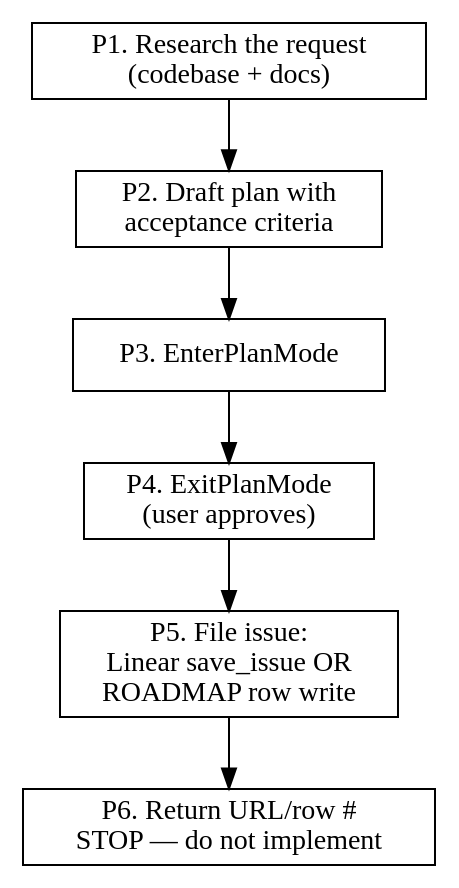
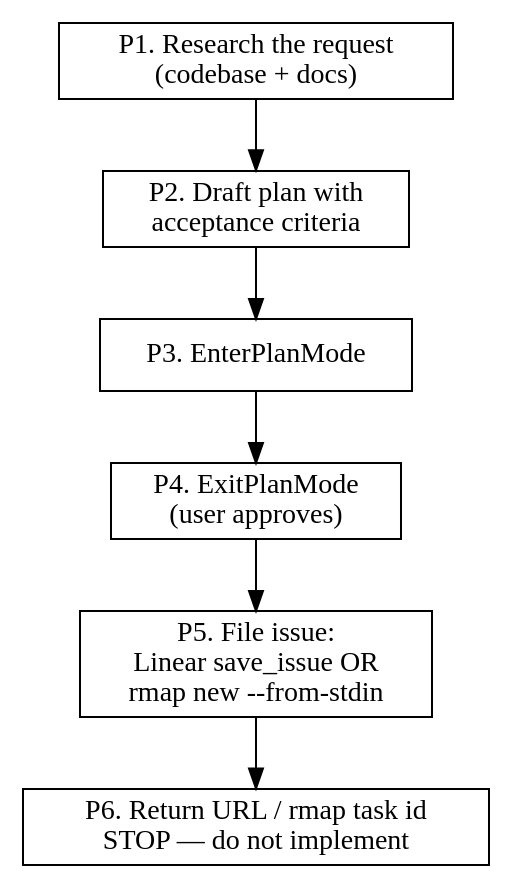
Before and after one commit to ZenHive/claude-marketplace-elixir: the first of 2 diagrams in plugins/task-driver/skills/task-driver/SKILL.md, drawn with Graphviz. The commit also changed other lines of this file and 21 other files, not shown here.

Commit message:
Make rmap the standard roadmap substrate; migrate ROADMAP.md → roadmap/tasks.toml

````diff
--- a/plugins/task-driver/skills/task-driver/SKILL.md
+++ b/plugins/task-driver/skills/task-driver/SKILL.md
@@ -58,15 +60,15 @@
 ```dot
 digraph task_driver_plan_and_file {
   rankdir=TB;
   node [shape=box];
 
   research [label="P1. Research the request\n(codebase + docs)"];
   draft    [label="P2. Draft plan with\nacceptance criteria"];
   plan     [label="P3. EnterPlanMode"];
   exit     [label="P4. ExitPlanMode\n(user approves)"];
-  file     [label="P5. File issue:\nLinear save_issue OR\nROADMAP row write"];
-  handoff  [label="P6. Return URL/row #\nSTOP — do not implement"];
+  file     [label="P5. File issue:\nLinear save_issue OR\nrmap new --from-stdin"];
+  handoff  [label="P6. Return URL / rmap task id\nSTOP — do not implement"];
 
   research -> draft -> plan -> exit -> file -> handoff;
 }
 ```
````
